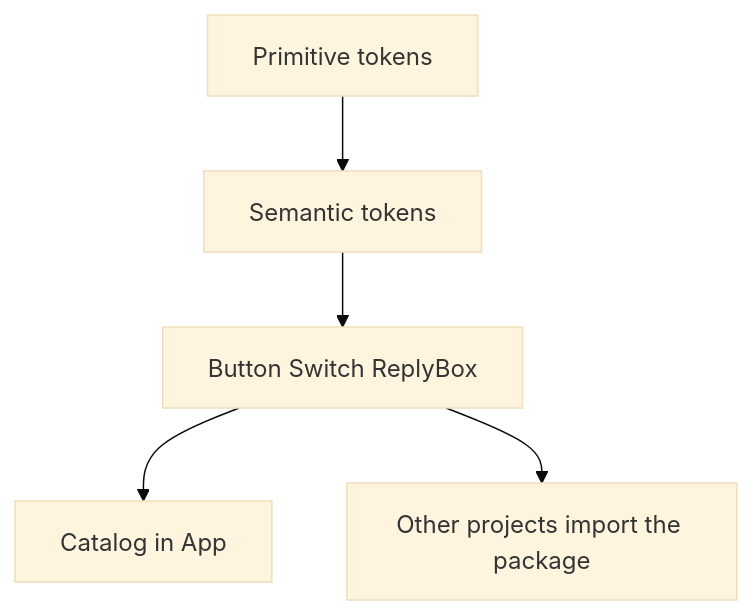
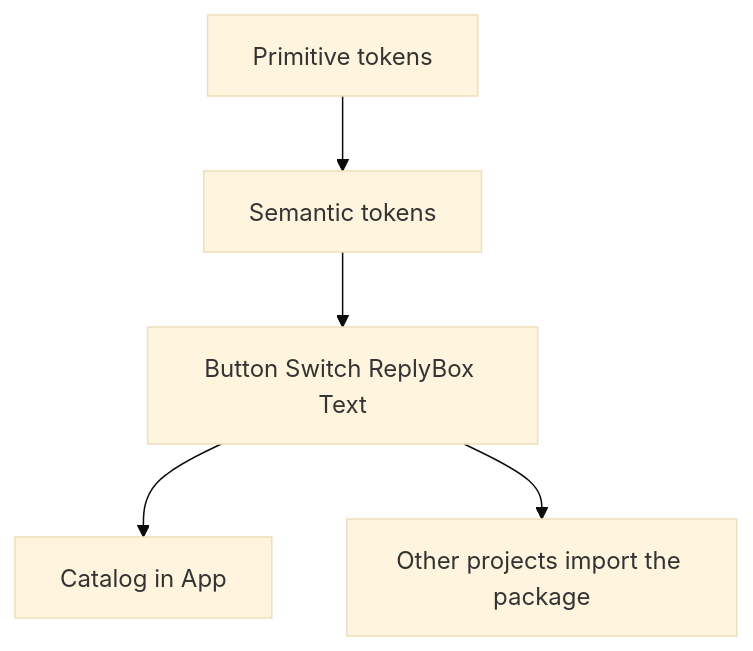
Before and after one commit to rtao7/ray-design-system: the diagram in README.md, drawn with Mermaid (base theme). The commit also changed other lines of this file and 12 other files, not shown here.

````diff
--- a/README.md
+++ b/README.md
@@ -19,12 +19,12 @@
 ```mermaid
 flowchart TD
   primitive[Primitive tokens]
   semantic[Semantic tokens]
-  components[Button Switch ReplyBox]
+  components[Button Switch ReplyBox Text]
   catalog[Catalog in App]
   later[Other projects import the package]
   primitive --> semantic
   semantic --> components
   components --> catalog
   components --> later
 ```
````
